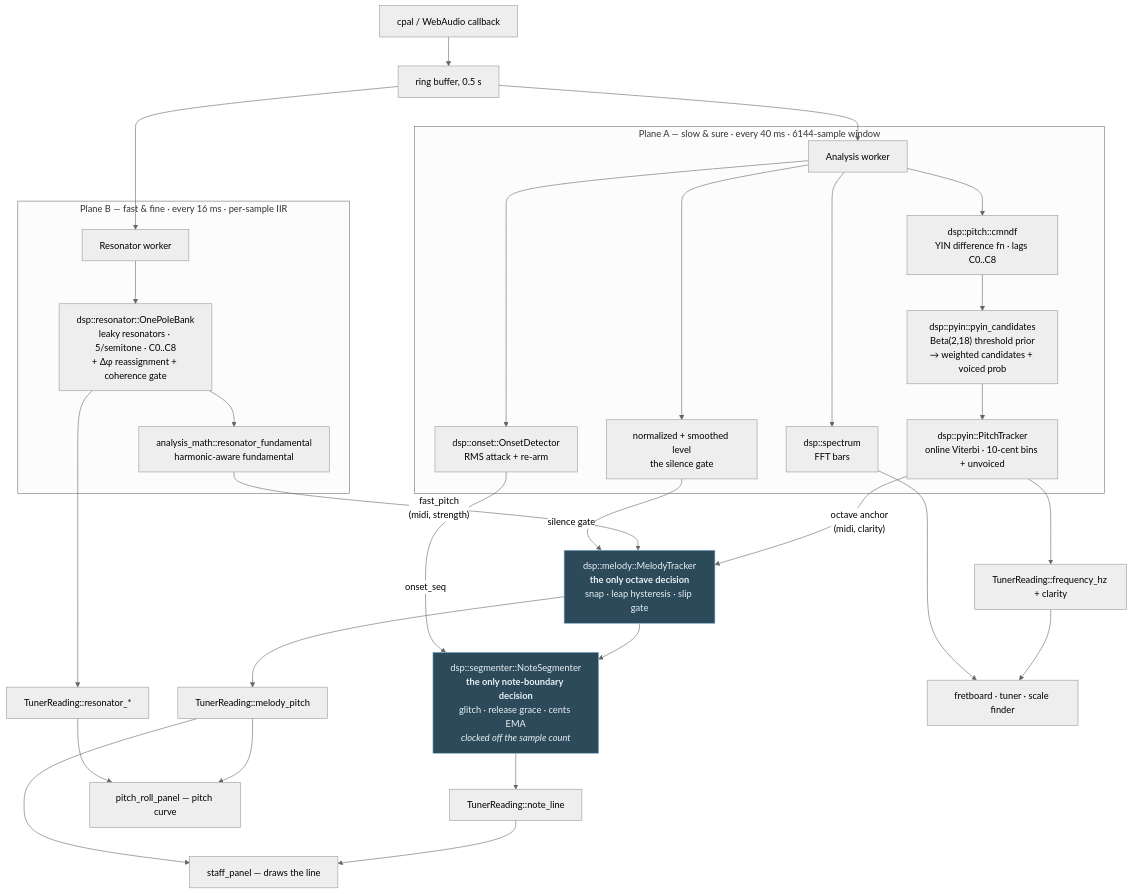
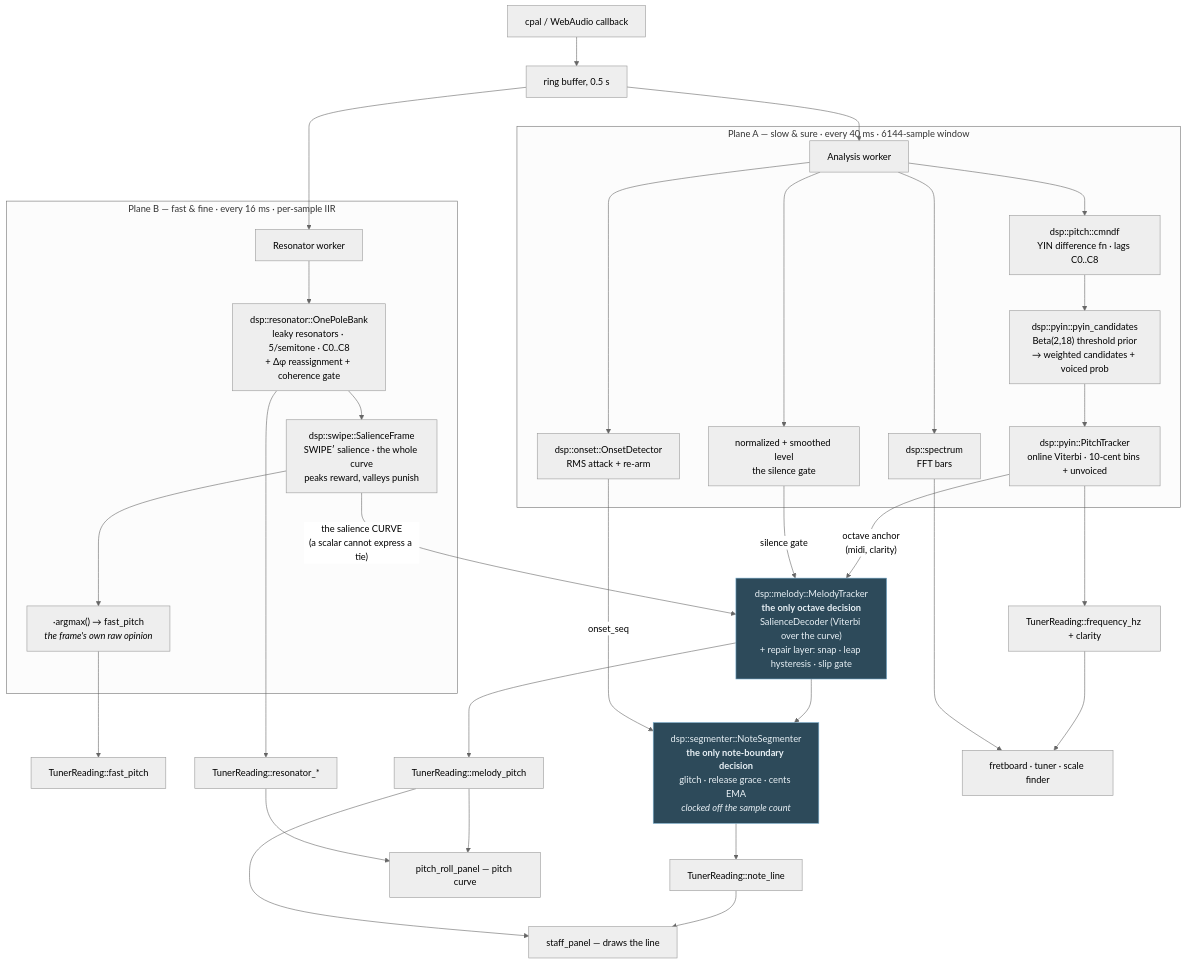
Before and after one commit to enomado/fretboard: the diagram in docs/note_detection.md, drawn with Mermaid (neutral theme). The commit also changed other lines of this file and 1 other file, not shown here.

````diff
--- a/docs/note_detection.md
+++ b/docs/note_detection.md
@@ -51,45 +77,47 @@
 ```mermaid
 flowchart TD
     MIC[cpal / WebAudio callback] --> RING[ring buffer, 0.5 s]
     RING --> A[Analysis worker]
     RING --> B[Resonator worker]
 
     subgraph SLOW["Plane A — slow &amp; sure · every 40 ms · 6144-sample window"]
         A --> CMNDF["dsp::pitch::cmndf<br/>YIN difference fn · lags C0..C8"]
         CMNDF --> CAND["dsp::pyin::pyin_candidates<br/>Beta(2,18) threshold prior<br/>→ weighted candidates + voiced prob"]
         CAND --> HMM["dsp::pyin::PitchTracker<br/>online Viterbi · 10-cent bins + unvoiced"]
         A --> ONSET["dsp::onset::OnsetDetector<br/>RMS attack + re-arm"]
         A --> LVL["normalized + smoothed level<br/>the silence gate"]
         A --> FFT["dsp::spectrum<br/>FFT bars"]
     end
 
     subgraph FAST["Plane B — fast &amp; fine · every 16 ms · per-sample IIR"]
         B --> BANK["dsp::resonator::OnePoleBank<br/>leaky resonators · 5/semitone · C0..C8<br/>+ Δφ reassignment + coherence gate"]
-        BANK --> FUND["analysis_math::resonator_fundamental<br/>harmonic-aware fundamental"]
+        BANK --> SWIPE["dsp::swipe::SalienceFrame<br/>SWIPE′ salience · the whole curve<br/>peaks reward, valleys punish"]
+        SWIPE --> ARGMAX["·argmax() → fast_pitch<br/><i>the frame's own raw opinion</i>"]
     end
 
     HMM -->|"octave anchor<br/>(midi, clarity)"| MELODY
-    FUND -->|"fast_pitch<br/>(midi, strength)"| MELODY
+    SWIPE -->|"the salience CURVE<br/>(a scalar cannot express a tie)"| MELODY
     LVL -->|"silence gate"| MELODY
-    MELODY["dsp::melody::MelodyTracker<br/><b>the only octave decision</b><br/>snap · leap hysteresis · slip gate"]
+    ARGMAX --> FP["TunerReading::fast_pitch"]
+    MELODY["dsp::melody::MelodyTracker<br/><b>the only octave decision</b><br/>SalienceDecoder (Viterbi over the curve)<br/>+ repair layer: snap · leap hysteresis · slip gate"]
 
     MELODY --> SEG
     ONSET -->|"onset_seq"| SEG
     SEG["dsp::segmenter::NoteSegmenter<br/><b>the only note-boundary decision</b><br/>glitch · release grace · cents EMA<br/><i>clocked off the sample count</i>"]
 
     HMM --> FREQ["TunerReading::frequency_hz + clarity"]
     MELODY --> MP["TunerReading::melody_pitch"]
     SEG --> NL["TunerReading::note_line"]
     BANK --> HEAT["TunerReading::resonator_*"]
 
     NL --> STAFF["staff_panel — draws the line"]
     MP --> ROLL["pitch_roll_panel — pitch curve"]
     MP --> STAFF
     HEAT --> ROLL
     FREQ --> TUNER["fretboard · tuner · scale finder"]
     FFT --> TUNER
 
     classDef decide fill:#2d4a5a,stroke:#7fb3d3,color:#e8f0f5
     class MELODY decide
     class SEG decide
 ```
````
